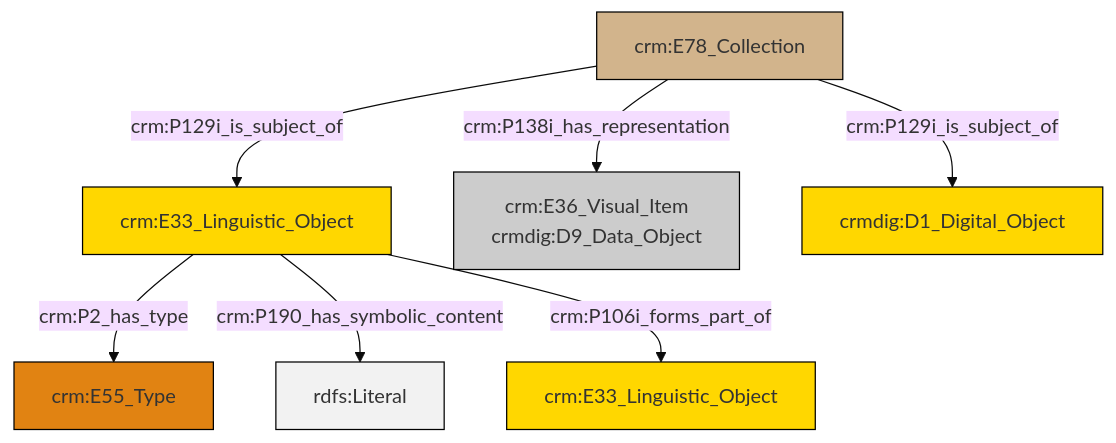
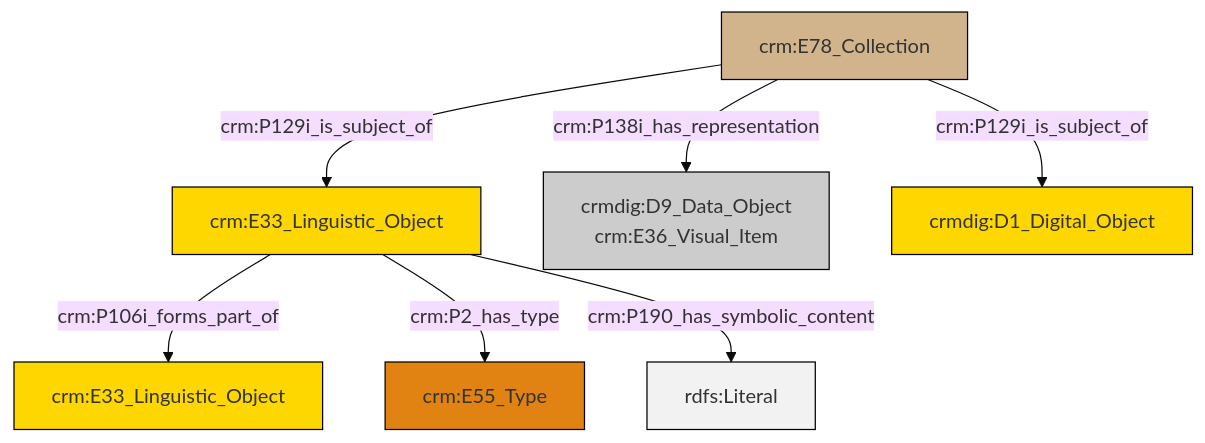
One commit to swiss-art-research-net/docs.swissartresearch changed the diagram in et/archivalCSV/ttl/mmd/archival_docs.ttl.mmd. Above: the diagram before and after it, drawn with Mermaid (base theme). The commit also changed 179 other files, not shown here.

```diff
--- a/et/archivalCSV/ttl/mmd/archival_docs.ttl.mmd
+++ b/et/archivalCSV/ttl/mmd/archival_docs.ttl.mmd
@@ -1,21 +1,21 @@
 graph TD
 classDef Literal fill:#f2f2f2,stroke:#000000;
 classDef CRM_Entity fill:#FFFFFF,stroke:#000000;
 classDef Temporal_Entity fill:#00C9E6, stroke:#000000;
 classDef Type fill:#E18312, stroke:#000000;
 classDef Time-Span fill:#2C9C91, stroke:#000000;
 classDef Appellation fill:#FFEB7F, stroke:#000000;
 classDef Place fill:#008836, stroke:#000000;
 classDef Persistent_Item fill:#B266B2, stroke:#000000;
 classDef Conceptual_Object fill:#FFD700, stroke:#000000;
 classDef Physical_Thing fill:#D2B48C, stroke:#000000;
 classDef Actor fill:#f58aad, stroke:#000000;
 classDef PC_Classes fill:#4ce600, stroke:#000000;
 classDef Multi fill:#cccccc,stroke:#000000;
 
 0["crm:E78_Collection"]:::Physical_Thing -->|crm:P129i_is_subject_of| 1["crm:E33_Linguistic_Object"]:::Conceptual_Object
-0["crm:E78_Collection"]:::Physical_Thing -->|crm:P129i_is_subject_of| 6["crmdig:D1_Digital_Object"]:::Conceptual_Object
-0["crm:E78_Collection"]:::Physical_Thing -->|crm:P138i_has_representation| 4["crm:E36_Visual_Item<br>crmdig:D9_Data_Object"]:::Multi
-1["crm:E33_Linguistic_Object"]:::Conceptual_Object -->|crm:P2_has_type| 2["crm:E55_Type"]:::Type
-1["crm:E33_Linguistic_Object"]:::Conceptual_Object -->|crm:P190_has_symbolic_content| 9[rdfs:Literal]:::Literal
-1["crm:E33_Linguistic_Object"]:::Conceptual_Object -->|crm:P106i_forms_part_of| 13["crm:E33_Linguistic_Object"]:::Conceptual_Object
+1["crm:E33_Linguistic_Object"]:::Conceptual_Object -->|crm:P106i_forms_part_of| 5["crm:E33_Linguistic_Object"]:::Conceptual_Object
+1["crm:E33_Linguistic_Object"]:::Conceptual_Object -->|crm:P2_has_type| 6["crm:E55_Type"]:::Type
+0["crm:E78_Collection"]:::Physical_Thing -->|crm:P129i_is_subject_of| 7["crmdig:D1_Digital_Object"]:::Conceptual_Object
+1["crm:E33_Linguistic_Object"]:::Conceptual_Object -->|crm:P190_has_symbolic_content| 11[rdfs:Literal]:::Literal
+0["crm:E78_Collection"]:::Physical_Thing -->|crm:P138i_has_representation| 3["crmdig:D9_Data_Object<br>crm:E36_Visual_Item"]:::Multi
```
